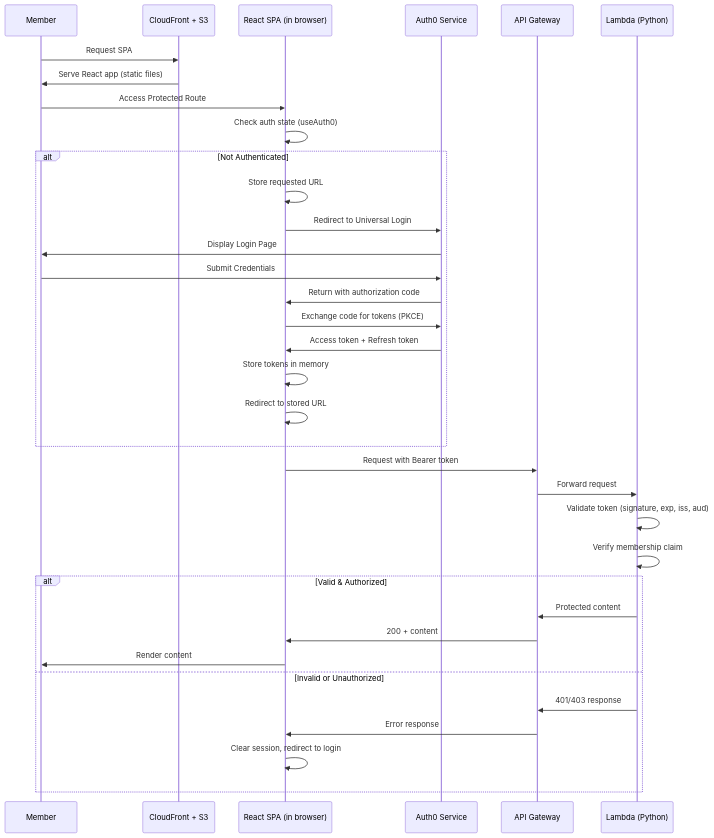
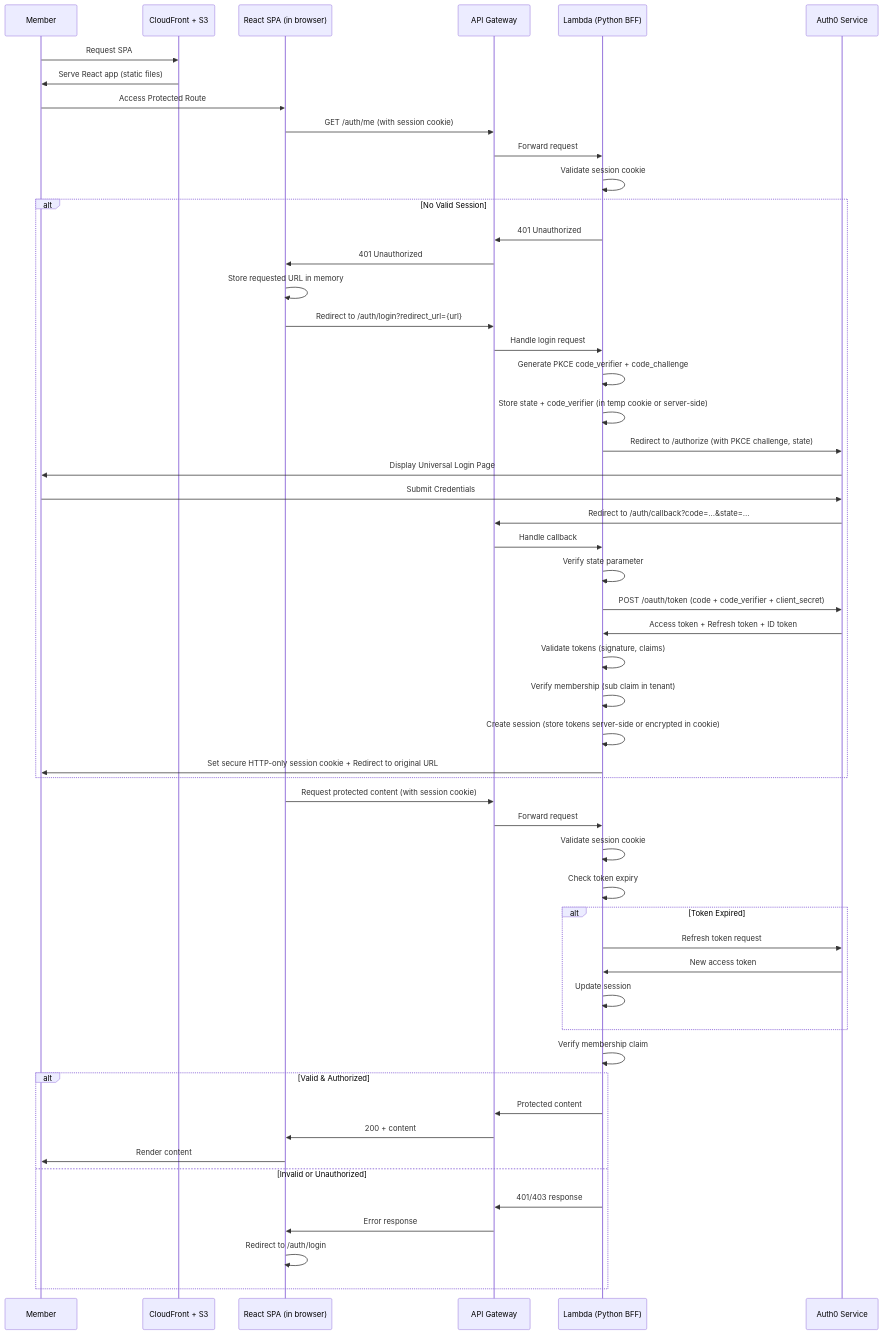
One commit to david-carlier/ruada-app changed the second of 5 diagrams in .kiro/specs/music-group-app/design.md. Above: the diagram before and after it, drawn with Mermaid. The commit also changed other lines of this file and 48 other files, not shown here.

````diff
--- a/.kiro/specs/music-group-app/design.md
+++ b/.kiro/specs/music-group-app/design.md
@@ -66,38 +72,56 @@
 ```mermaid
 sequenceDiagram
     participant U as Member
     participant CF as CloudFront + S3
     participant SPA as React SPA (in browser)
+    participant APIGW as API Gateway
+    participant Lambda as Lambda (Python BFF)
     participant Auth0 as Auth0 Service
-    participant APIGW as API Gateway
-    participant Lambda as Lambda (Python)
 
     U->>CF: Request SPA
     CF->>U: Serve React app (static files)
     U->>SPA: Access Protected Route
-    SPA->>SPA: Check auth state (useAuth0)
-    alt Not Authenticated
-        SPA->>SPA: Store requested URL
-        SPA->>Auth0: Redirect to Universal Login
-        Auth0->>U: Display Login Page
+    SPA->>APIGW: GET /auth/me (with session cookie)
+    APIGW->>Lambda: Forward request
+    Lambda->>Lambda: Validate session cookie
+    alt No Valid Session
+        Lambda->>APIGW: 401 Unauthorized
+        APIGW->>SPA: 401 Unauthorized
+        SPA->>SPA: Store requested URL in memory
+        SPA->>APIGW: Redirect to /auth/login?redirect_url={url}
+        APIGW->>Lambda: Handle login request
+        Lambda->>Lambda: Generate PKCE code_verifier + code_challenge
+        Lambda->>Lambda: Store state + code_verifier (in temp cookie or server-side)
+        Lambda->>Auth0: Redirect to /authorize (with PKCE challenge, state)
+        Auth0->>U: Display Universal Login Page
         U->>Auth0: Submit Credentials
-        Auth0->>SPA: Return with authorization code
-        SPA->>Auth0: Exchange code for tokens (PKCE)
-        Auth0->>SPA: Access token + Refresh token
-        SPA->>SPA: Store tokens in memory
-        SPA->>SPA: Redirect to stored URL
+        Auth0->>APIGW: Redirect to /auth/callback?code=...&state=...
+        APIGW->>Lambda: Handle callback
+        Lambda->>Lambda: Verify state parameter
+        Lambda->>Auth0: POST /oauth/token (code + code_verifier + client_secret)
+        Auth0->>Lambda: Access token + Refresh token + ID token
+        Lambda->>Lambda: Validate tokens (signature, claims)
+        Lambda->>Lambda: Verify membership (sub claim in tenant)
+        Lambda->>Lambda: Create session (store tokens server-side or encrypted in cookie)
+        Lambda->>U: Set secure HTTP-only session cookie + Redirect to original URL
     end
-    SPA->>APIGW: Request with Bearer token
+    SPA->>APIGW: Request protected content (with session cookie)
     APIGW->>Lambda: Forward request
-    Lambda->>Lambda: Validate token (signature, exp, iss, aud)
+    Lambda->>Lambda: Validate session cookie
+    Lambda->>Lambda: Check token expiry
+    alt Token Expired
+        Lambda->>Auth0: Refresh token request
+        Auth0->>Lambda: New access token
+        Lambda->>Lambda: Update session
+    end
     Lambda->>Lambda: Verify membership claim
     alt Valid & Authorized
         Lambda->>APIGW: Protected content
         APIGW->>SPA: 200 + content
         SPA->>U: Render content
     else Invalid or Unauthorized
         Lambda->>APIGW: 401/403 response
         APIGW->>SPA: Error response
-        SPA->>SPA: Clear session, redirect to login
+        SPA->>SPA: Redirect to /auth/login
     end
 ```
````
